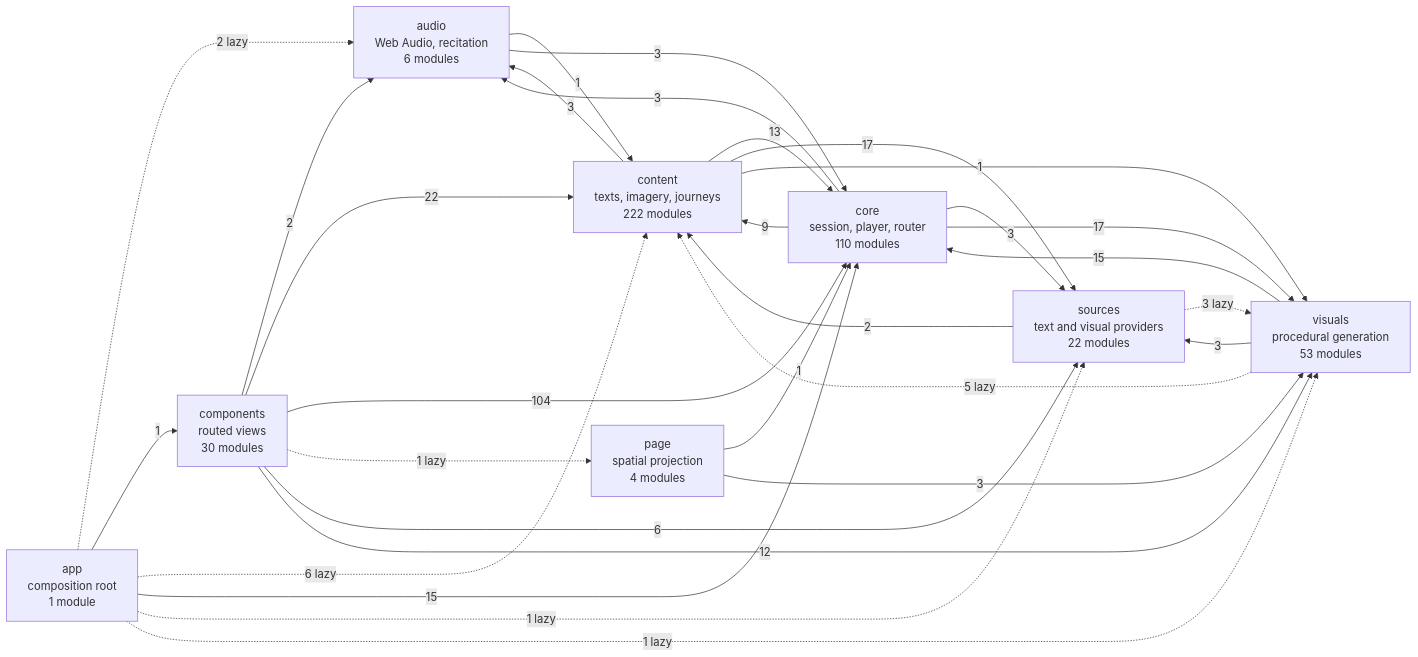
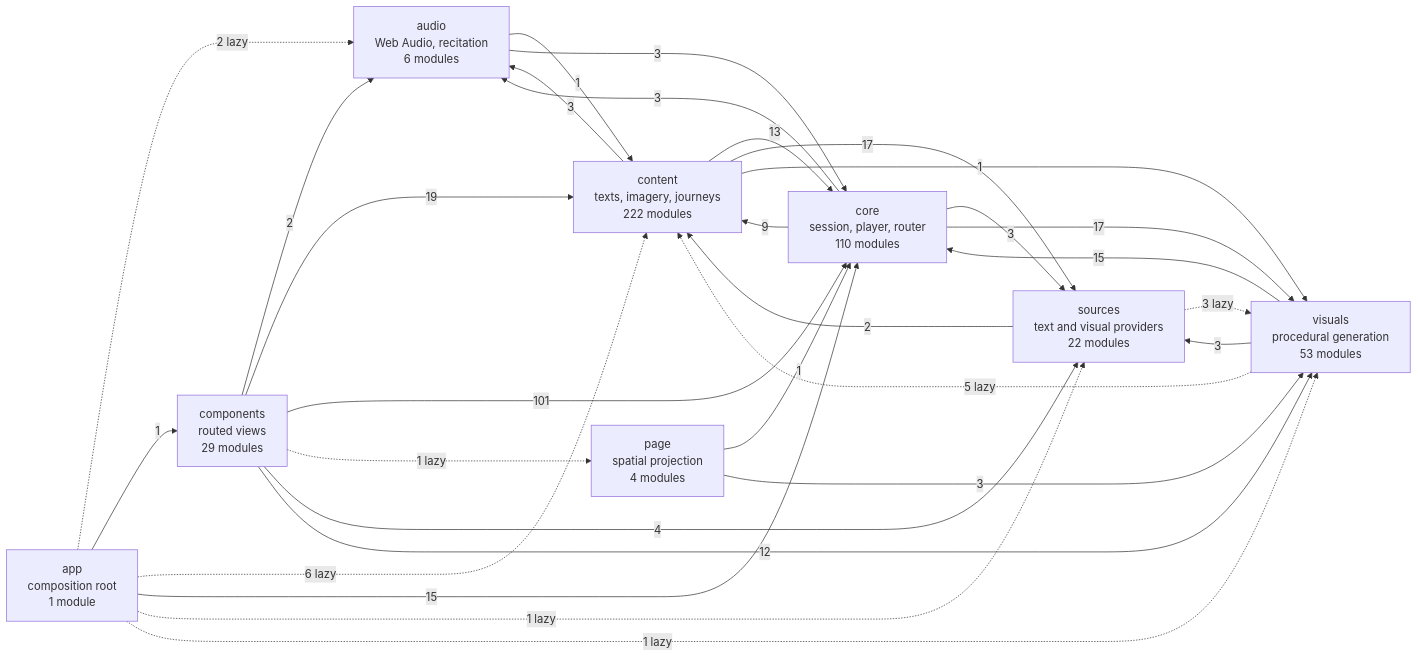
Before and after one commit to SyberLabs/RISE: the diagram in docs/specs/ARCHITECTURE.md, drawn with Mermaid. The commit also changed other lines of this file and 30 other files, not shown here.

````diff
--- a/docs/specs/ARCHITECTURE.md
+++ b/docs/specs/ARCHITECTURE.md
@@ -149,41 +149,41 @@
 ```mermaid
 flowchart LR
     app["app<br/>composition root<br/>1 module"]
     audio["audio<br/>Web Audio, recitation<br/>6 modules"]
-    components["components<br/>routed views<br/>30 modules"]
+    components["components<br/>routed views<br/>29 modules"]
     content["content<br/>texts, imagery, journeys<br/>222 modules"]
     core["core<br/>session, player, router<br/>110 modules"]
     page["page<br/>spatial projection<br/>4 modules"]
     sources["sources<br/>text and visual providers<br/>22 modules"]
     visuals["visuals<br/>procedural generation<br/>53 modules"]
 
     app -.-> |2 lazy| audio
     app --> |1| components
     app -.-> |6 lazy| content
     app --> |15| core
     app -.-> |1 lazy| sources
     app -.-> |1 lazy| visuals
     audio --> |1| content
     audio --> |3| core
     components --> |2| audio
-    components --> |22| content
-    components --> |104| core
+    components --> |19| content
+    components --> |101| core
     components -.-> |1 lazy| page
-    components --> |6| sources
+    components --> |4| sources
     components --> |12| visuals
     content --> |3| audio
     content --> |13| core
     content --> |17| sources
     content --> |1| visuals
     core --> |3| audio
     core --> |9| content
     core --> |3| sources
     core --> |17| visuals
     page --> |1| core
     page --> |3| visuals
     sources --> |2| content
     sources -.-> |3 lazy| visuals
     visuals -.-> |5 lazy| content
     visuals --> |15| core
     visuals --> |3| sources
 ```
````
